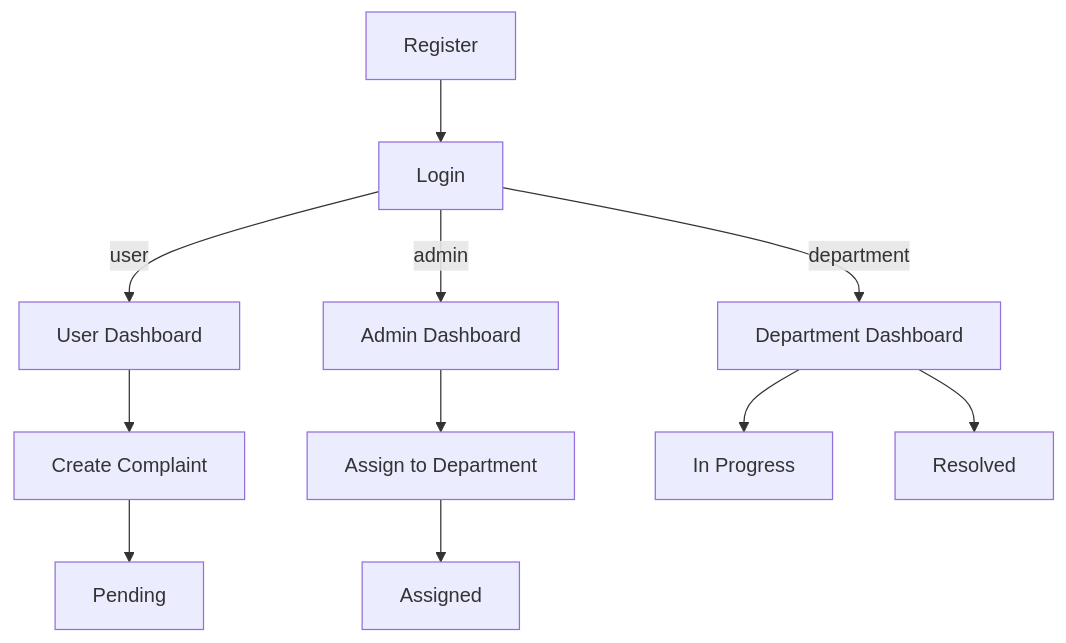
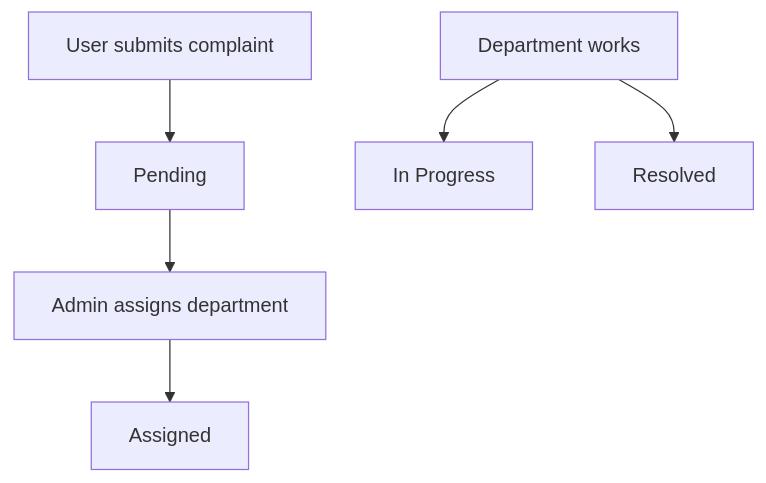
The diagram in README.md (jagratsati45/complain_system_project), drawn with Mermaid before and after one commit. The commit also changed other lines of this file, not shown here.

````diff
--- a/README.md
+++ b/README.md
@@ -97,14 +102,8 @@
 ```mermaid
 flowchart TD
-  REG[Register] --> LOGIN[Login]
-  LOGIN -->|user| U[User Dashboard]
-  LOGIN -->|admin| A[Admin Dashboard]
-  LOGIN -->|department| D[Department Dashboard]
-
-  U --> C[Create Complaint]
-  C --> P[Pending]
-  A --> AS[Assign to Department]
-  AS --> AD[Assigned]
-  D --> IP[In Progress]
+  U[User submits complaint] --> P[Pending]
+  A[Admin assigns department] --> AS[Assigned]
+  D[Department works] --> IP[In Progress]
   D --> RS[Resolved]
+  P --> A
 ```
````
